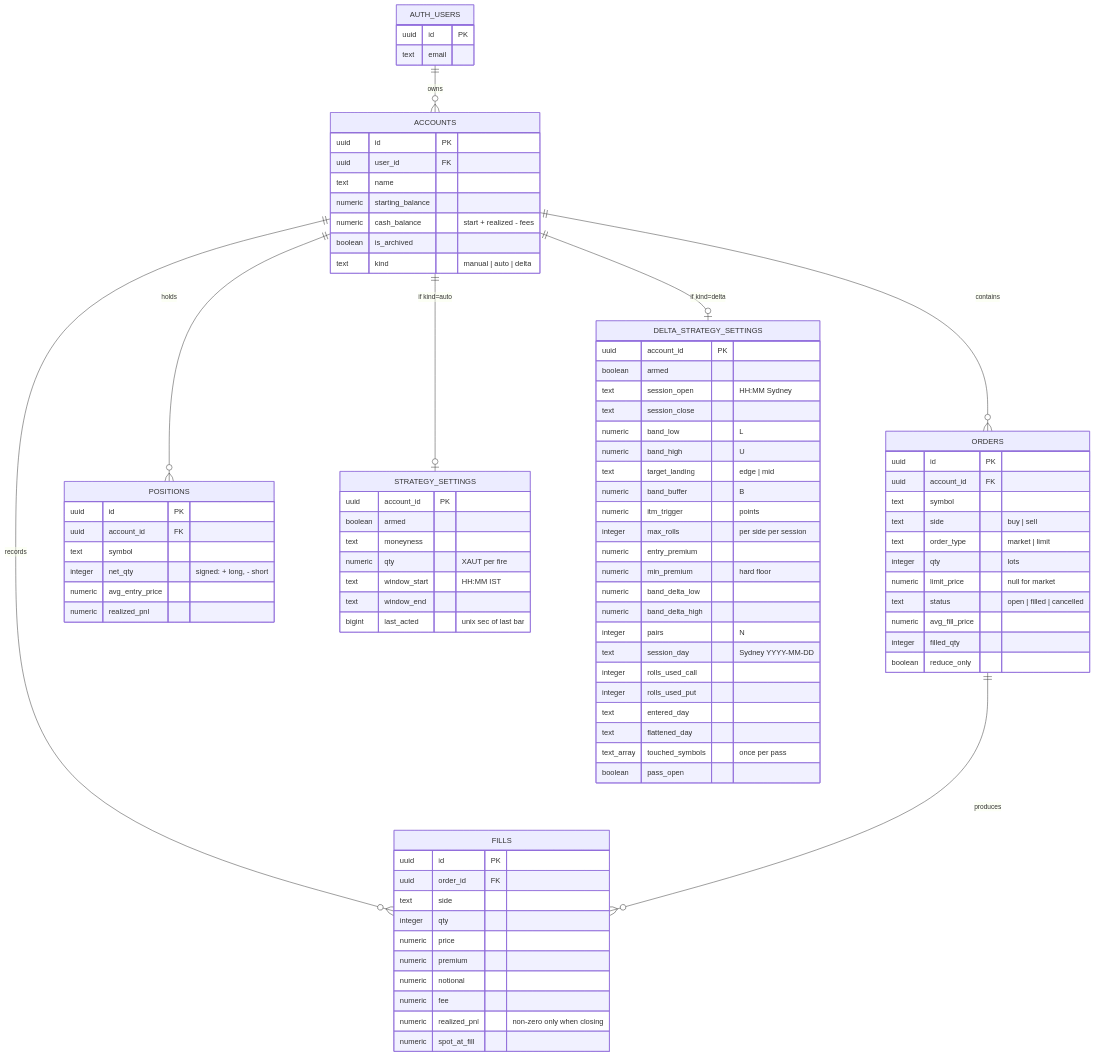
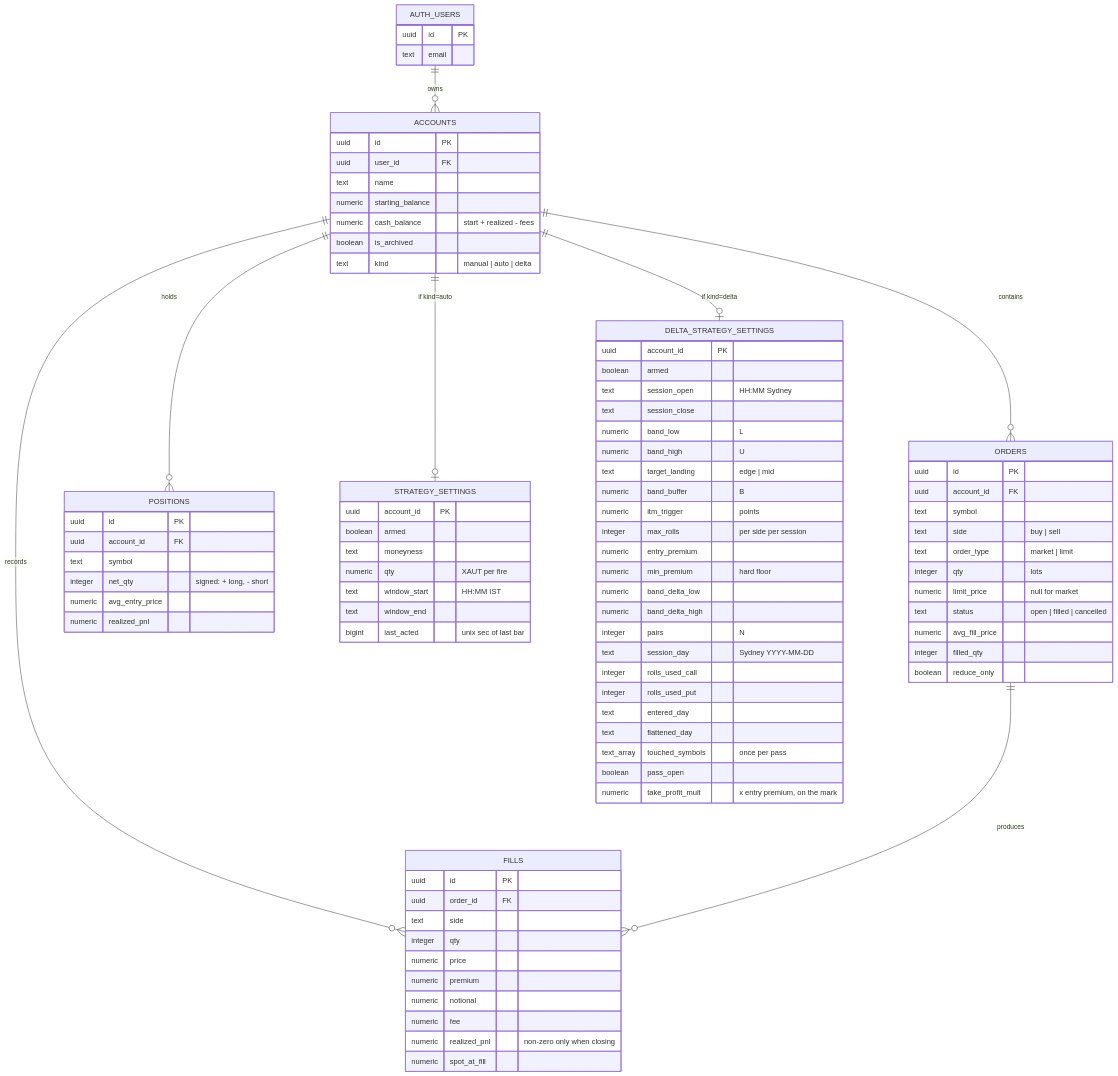
The first of 6 diagrams in docs/LLD.md (Vitti-Capital-Tech/XAUT-Options), drawn with Mermaid before and after one commit. The commit also changed other lines of this file and 6 other files, not shown here.

```diff
--- a/docs/LLD.md
+++ b/docs/LLD.md
@@ -96,6 +96,7 @@
         text flattened_day
         text_array touched_symbols "once per pass"
         boolean pass_open
+        numeric take_profit_mult "x entry premium, on the mark"
     }
     ORDERS {
         uuid id PK
```
